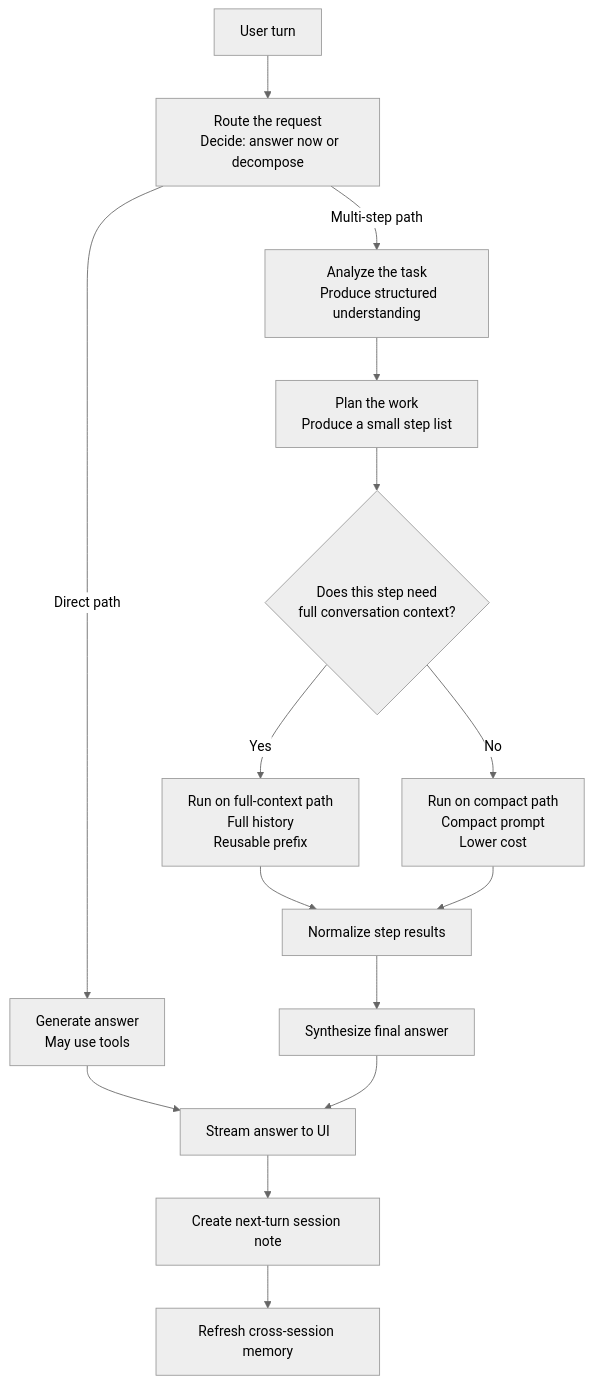
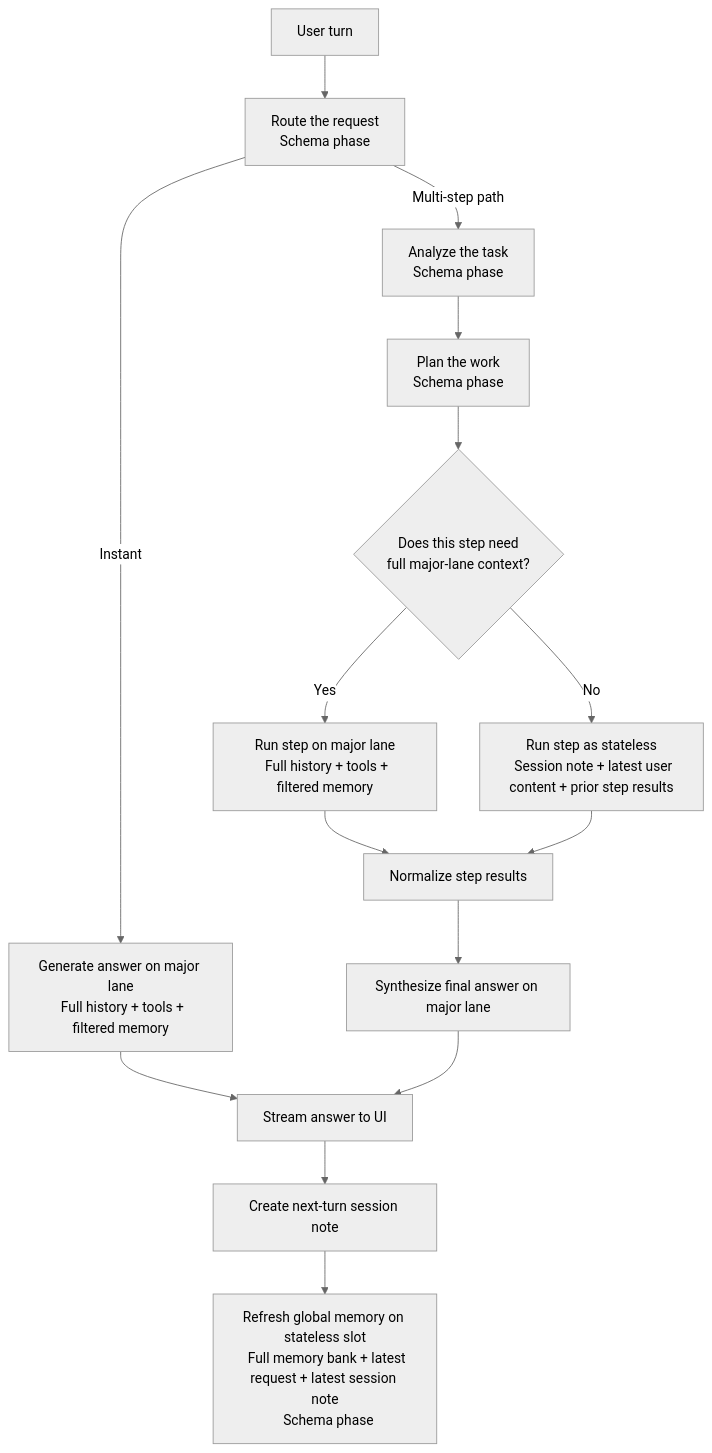
One commit to Eason023/chat-studio changed the first of 3 diagrams in README.md. Above: the diagram before and after it, drawn with Mermaid (neutral theme). The commit also changed other lines of this file and 2 other files, not shown here.

Commit message:
feat: reconstruct intelligent mechanism of major lane for better session oriented chat.

````diff
--- a/README.md
+++ b/README.md
@@ -270,32 +270,32 @@
 ```mermaid
 flowchart TD
   A["User turn"] --> B["Route the request
-  Decide: answer now or decompose"]
+  Schema phase"]
 
-  B -->|Direct path| C["Generate answer
-  May use tools"]
+  B -->|Instant| C["Generate answer on major lane
+  Full history + tools + filtered memory"]
   B -->|Multi-step path| D["Analyze the task
-  Produce structured understanding"]
+  Schema phase"]
 
   D --> E["Plan the work
-  Produce a small step list"]
+  Schema phase"]
   E --> F{"Does this step need
-  full conversation context?"}
+  full major-lane context?"}
 
-  F -->|Yes| G["Run on full-context path
-  Full history
-  Reusable prefix"]
-  F -->|No| H["Run on compact path
-  Compact prompt
-  Lower cost"]
+  F -->|Yes| G["Run step on major lane
+  Full history + tools + filtered memory"]
+  F -->|No| H["Run step as stateless
+  Session note + latest user content + prior step results"]
 
   G --> I["Normalize step results"]
   H --> I
 
-  I --> J["Synthesize final answer"]
+  I --> J["Synthesize final answer on major lane"]
   C --> K["Stream answer to UI"]
   J --> K
 
   K --> L["Create next-turn session note"]
-  L --> M["Refresh cross-session memory"]
+  L --> M["Refresh global memory on stateless slot
+  Full memory bank + latest request + latest session note
+  Schema phase"]
 ```
````
